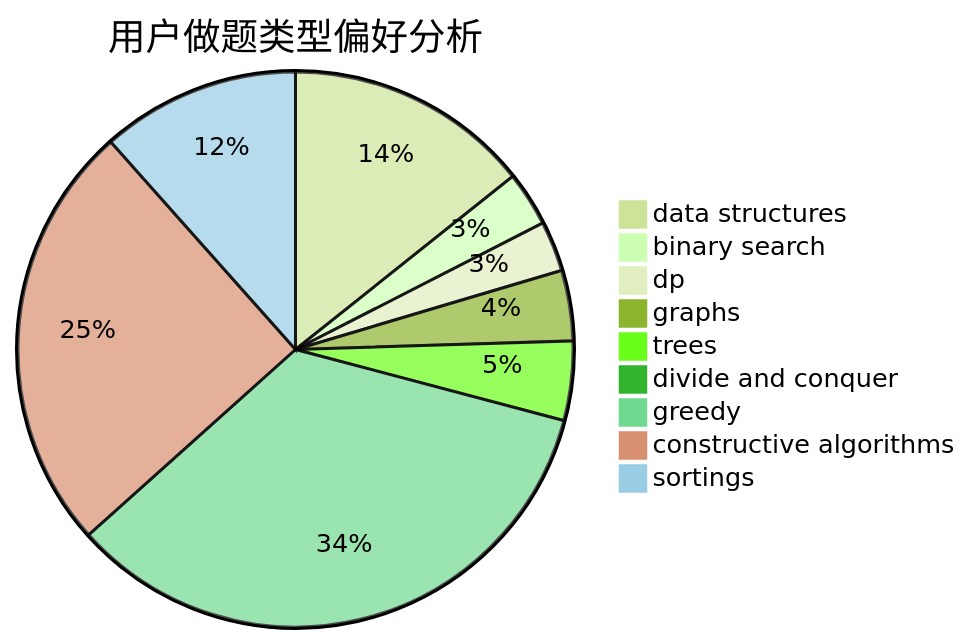
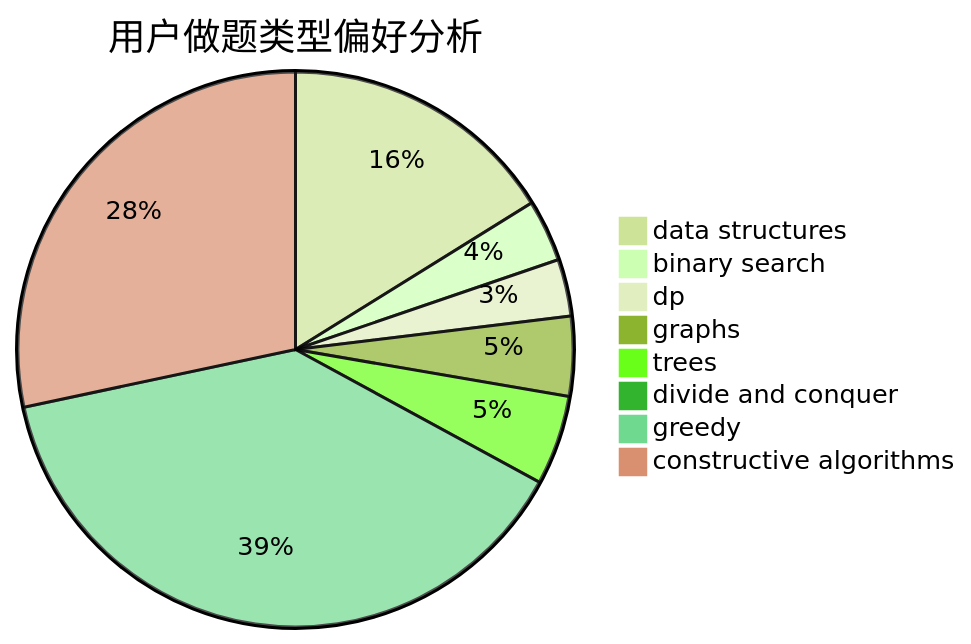
One commit to sherpahu/cfrs.github.io changed the second of 3 diagrams in docs/user/u1299.md. Above: the diagram before and after it, drawn with Mermaid (forest theme). The commit also changed other lines of this file and 2769 other files, not shown here.

````diff
--- a/docs/user/u1299.md
+++ b/docs/user/u1299.md
@@ -18,12 +18,11 @@
 ```mermaid
 pie title 用户做题类型偏好分析
     "data structures" :  390
     "binary search" :  87
     "dp" :  80
     "graphs" :  112
     "trees" :  126
     "divide and conquer" :  0
     "greedy" :  935
     "constructive algorithms" :  684
-    "sortings" :  316
 ```
````
